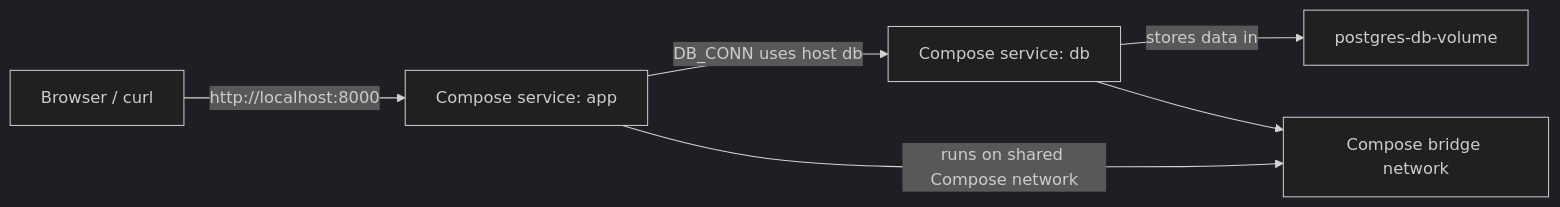
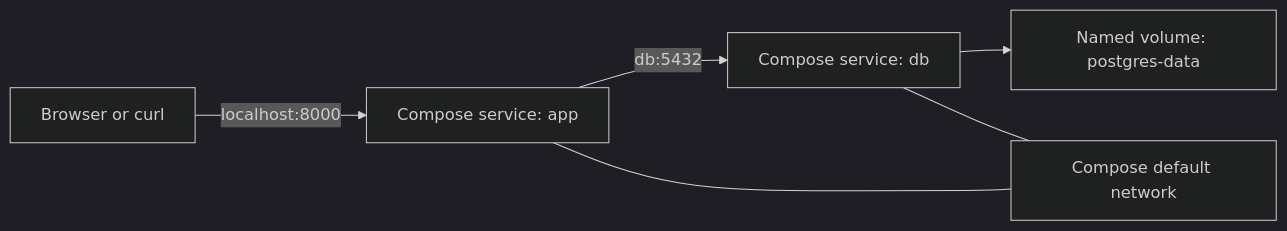
Before and after one commit to qutibah/mle-api-docker: the diagram in 05-intro-to-docker-compose.md, drawn with Mermaid (dark theme). The commit also changed other lines of this file and 8 other files, not shown here.

````diff
--- a/05-intro-to-docker-compose.md
+++ b/05-intro-to-docker-compose.md
@@ -29,8 +7,8 @@
 ```mermaid
 flowchart LR
-    Client["Browser / curl"] -->|"http://localhost:8000"| App["Compose service: app"]
-    App -->|"DB_CONN uses host db"| DB["Compose service: db"]
-    DB -->|"stores data in"| Volume["postgres-db-volume"]
-    App -->|"runs on shared Compose network"| Net["Compose bridge network"]
-    DB --> Net
+    Client["Browser or curl"] -->|"localhost:8000"| App["Compose service: app"]
+    App -->|"db:5432"| DB["Compose service: db"]
+    DB --> Volume["Named volume: postgres-data"]
+    App --- Network["Compose default network"]
+    DB --- Network
 ```
````
